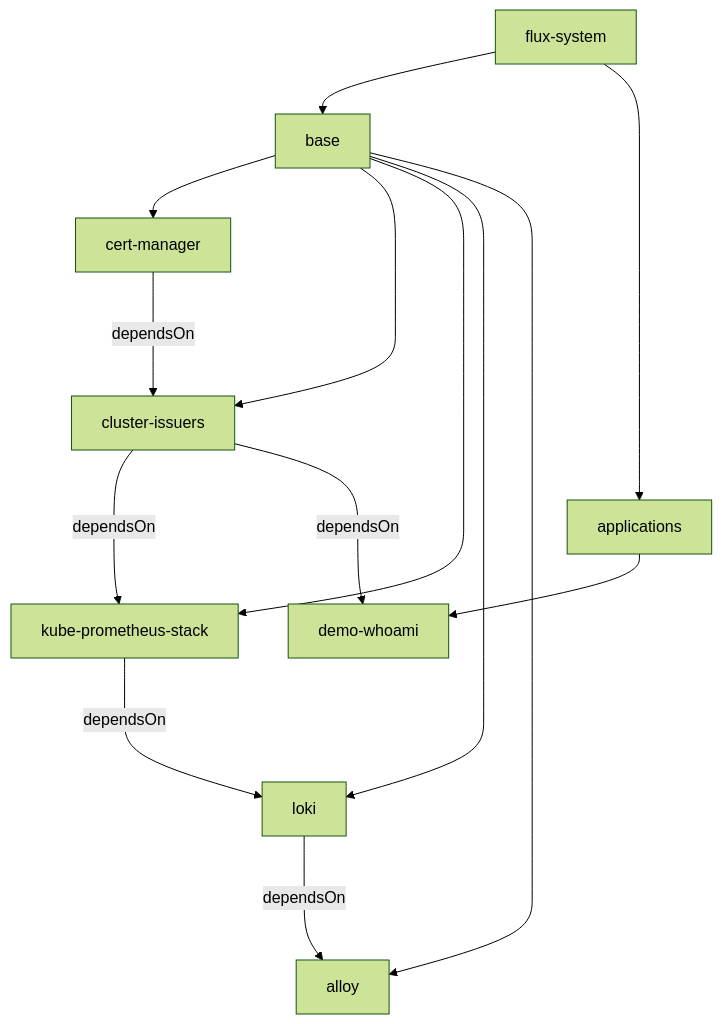
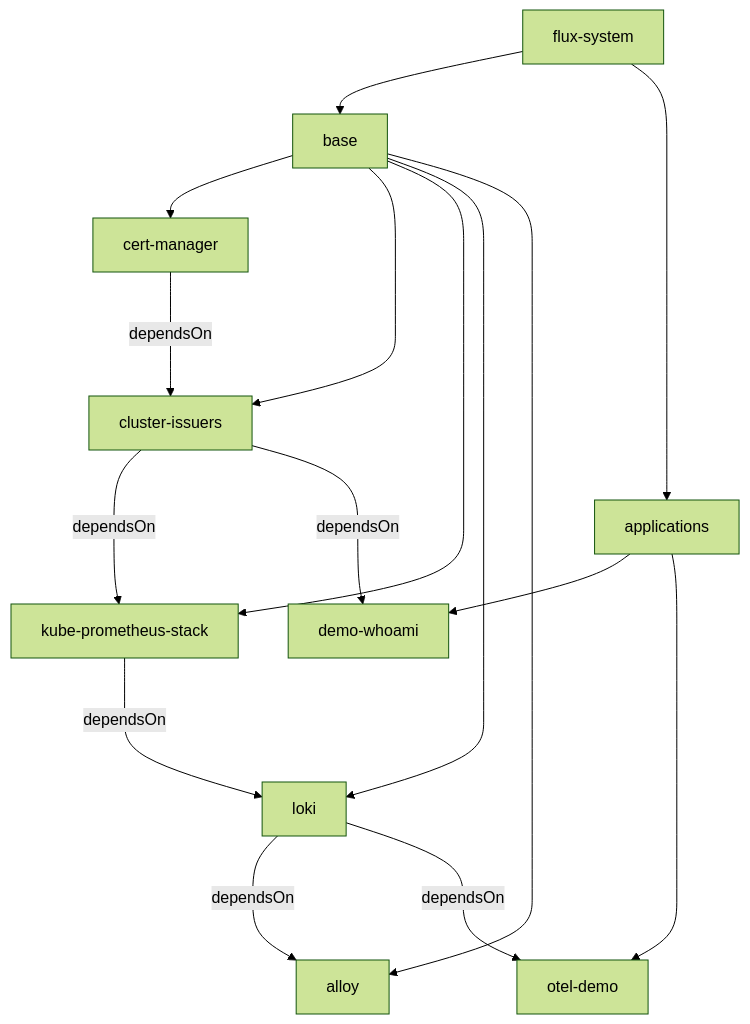
Before and after one commit to FabianCh/poc-ai4ops: the diagram in manifest/flux-system/README.md, drawn with Mermaid (forest theme). The commit also changed 10 other files, not shown here.

First line of the commit message:
feat(otel-demo): déploiement de l'OpenTelemetry Demo branchée sur la stack monitoring

````diff
--- a/manifest/flux-system/README.md
+++ b/manifest/flux-system/README.md
@@ -35,16 +35,18 @@
 ```mermaid
 flowchart TD
     flux-system --> base
     flux-system --> applications
     base --> cert-manager
     base --> cluster-issuers
     base --> kube-prometheus-stack
     base --> loki
     base --> alloy
     cert-manager ---> |dependsOn| cluster-issuers
     cluster-issuers ---> |dependsOn| kube-prometheus-stack
     kube-prometheus-stack ---> |dependsOn| loki
     loki ---> |dependsOn| alloy
     cluster-issuers ---> |dependsOn| demo-whoami
     applications --> demo-whoami
+    applications --> otel-demo
+    loki ---> |dependsOn| otel-demo
 ```
````
